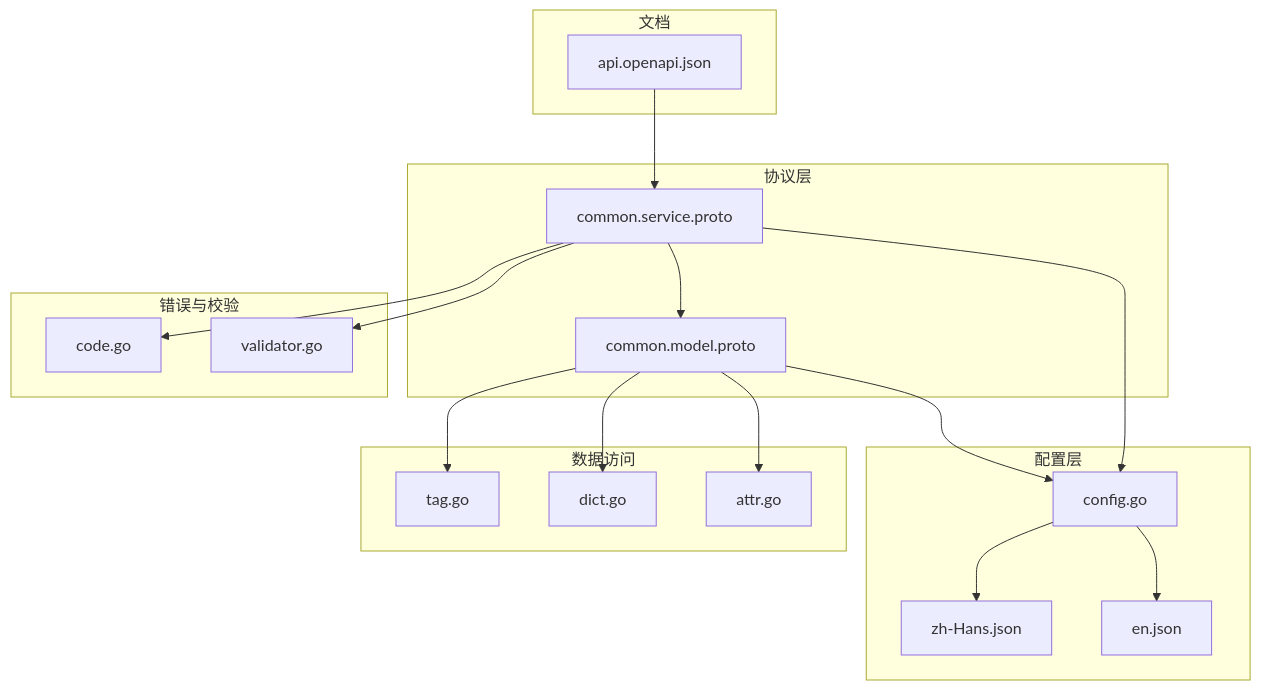
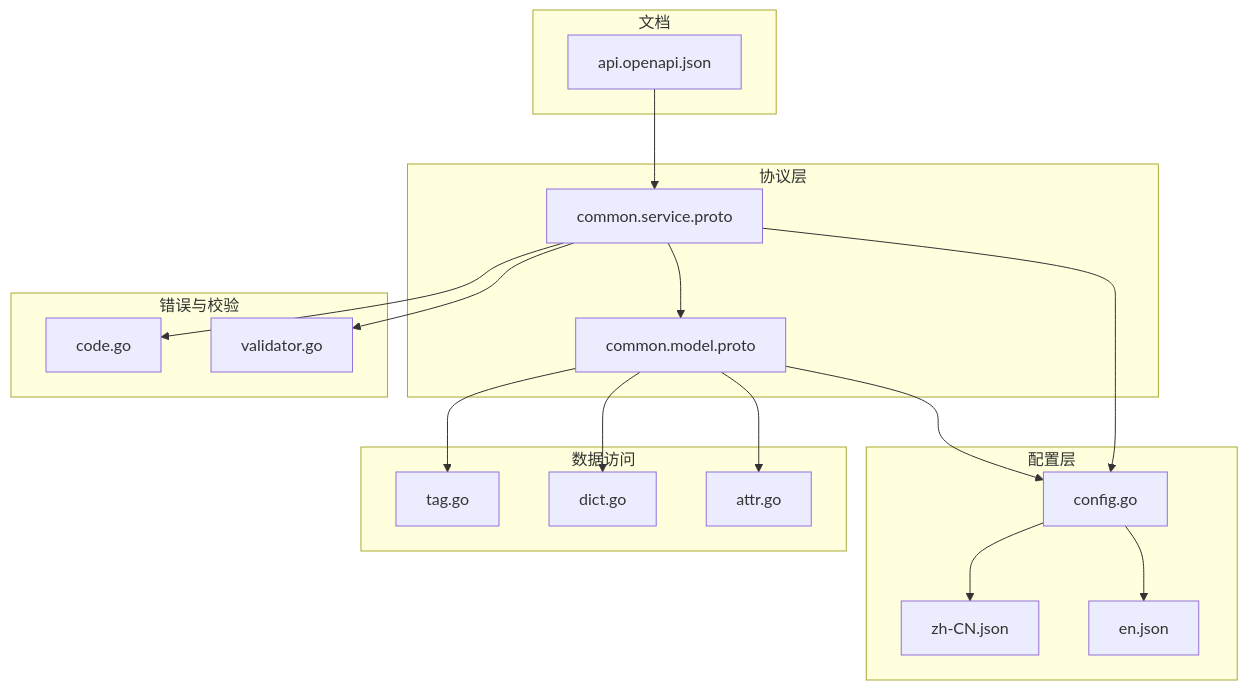
The first of 10 diagrams in .qoder/repowiki/zh/content/API参考/通用服务API.md (liov/hoper), drawn with Mermaid before and after one commit. The commit also changed other lines of this file and 49 other files, not shown here.

````diff
--- a/.qoder/repowiki/zh/content/API参考/通用服务API.md
+++ b/.qoder/repowiki/zh/content/API参考/通用服务API.md
@@ -46,35 +46,35 @@
 ```mermaid
 graph TB
 subgraph "协议层"
 P1["common.service.proto"]
 P2["common.model.proto"]
 end
 subgraph "配置层"
 C1["config.go"]
-L1["zh-Hans.json"]
+L1["zh-CN.json"]
 L2["en.json"]
 end
 subgraph "错误与校验"
 E1["code.go"]
 V1["validator.go"]
 end
 subgraph "数据访问"
 D1["tag.go"]
 T1["dict.go"]
 M1["attr.go"]
 end
 subgraph "文档"
 O1["api.openapi.json"]
 end
 P1 --> P2
 P1 --> C1
 P1 --> E1
 P1 --> V1
 P2 --> C1
 P2 --> D1
 P2 --> T1
 P2 --> M1
 C1 --> L1
 C1 --> L2
 O1 --> P1
 ```
````
